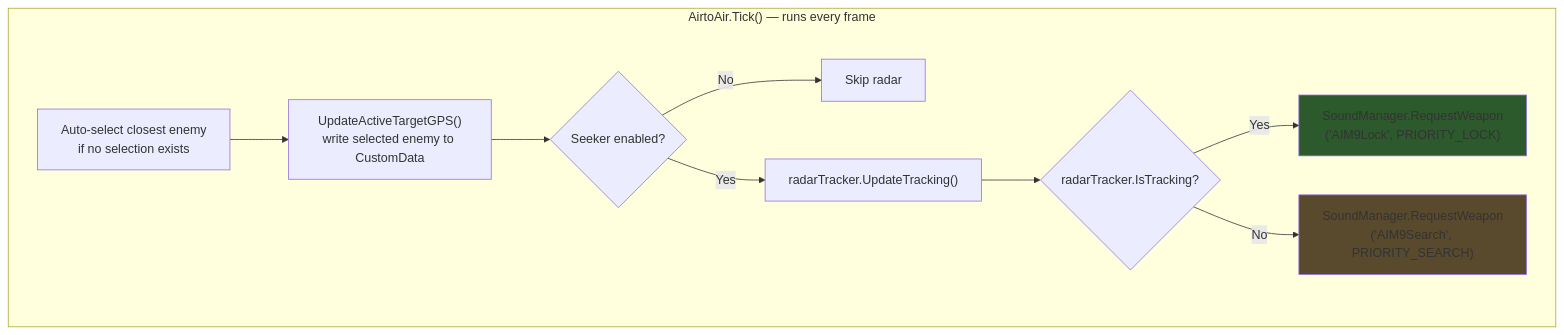
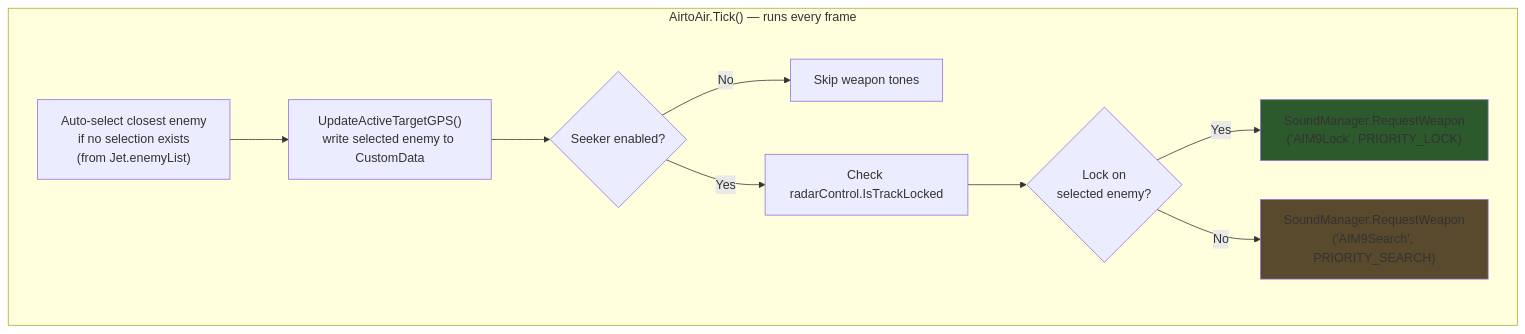
One commit to Terilia/JetOS changed the fifth of 8 diagrams in docs/weapons.md. Above: the diagram before and after it, drawn with Mermaid. The commit also changed other lines of this file and 45 other files, not shown here.

First line of the commit message:
Radar overhaul, MFD UI refactor, weapon system cleanup, and SE API docs

````diff
--- a/docs/weapons.md
+++ b/docs/weapons.md
@@ -110,18 +135,18 @@
 ```mermaid
 flowchart TD
     subgraph TickLoop ["AirtoAir.Tick() — runs every frame"]
-        AUTO["Auto-select closest enemy\nif no selection exists"]
+        AUTO["Auto-select closest enemy\nif no selection exists\n(from Jet.enemyList)"]
         GPS["UpdateActiveTargetGPS()\nwrite selected enemy to CustomData"]
         SEEKER{"Seeker enabled?"}
-        SEEKER -- "No" --> DONE["Skip radar"]
-        SEEKER -- "Yes" --> UPDATE["radarTracker.UpdateTracking()"]
-        UPDATE --> LOCKED{"radarTracker.IsTracking?"}
+        SEEKER -- "No" --> DONE["Skip weapon tones"]
+        SEEKER -- "Yes" --> CHECK["Check radarControl.IsTrackLocked"]
+        CHECK --> LOCKED{"Lock on\nselected enemy?"}
         LOCKED -- "Yes" --> LOCK_TONE["SoundManager.RequestWeapon\n('AIM9Lock', PRIORITY_LOCK)"]
         LOCKED -- "No" --> SEARCH_TONE["SoundManager.RequestWeapon\n('AIM9Search', PRIORITY_SEARCH)"]
     end
 
     AUTO --> GPS --> SEEKER
 
     style LOCK_TONE fill:#2d5a2d
     style SEARCH_TONE fill:#5a4a2d
 ```
````
